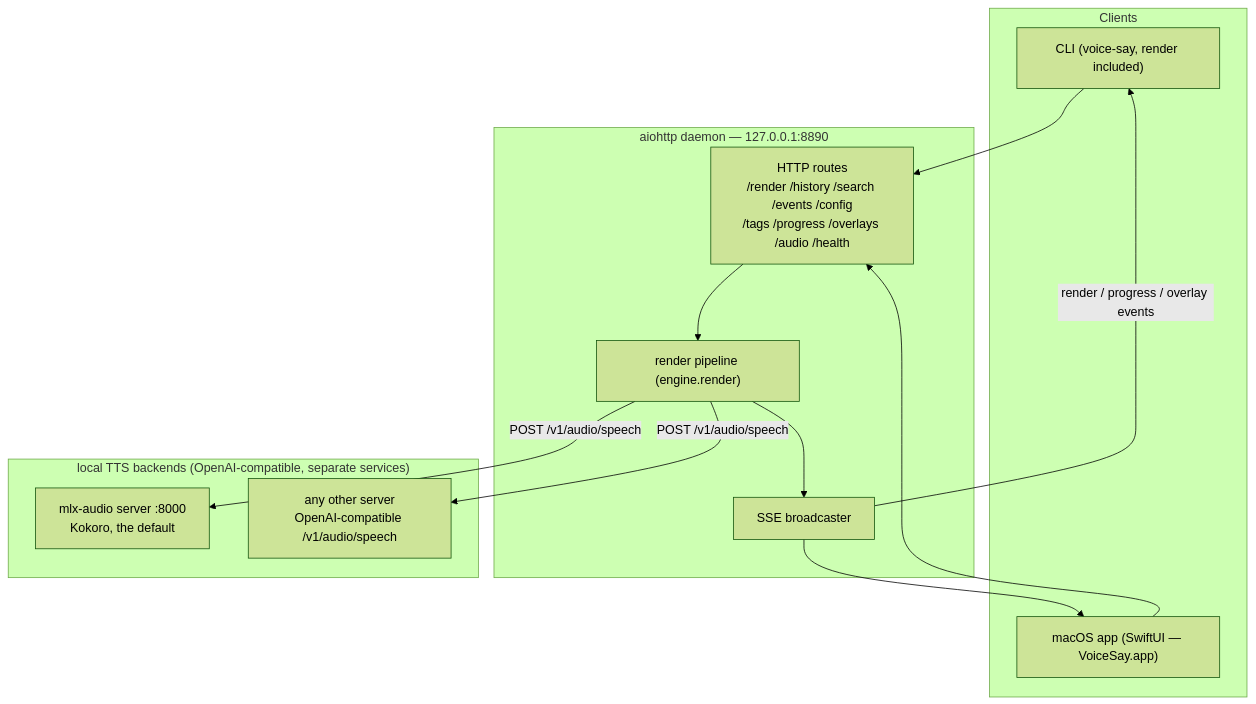
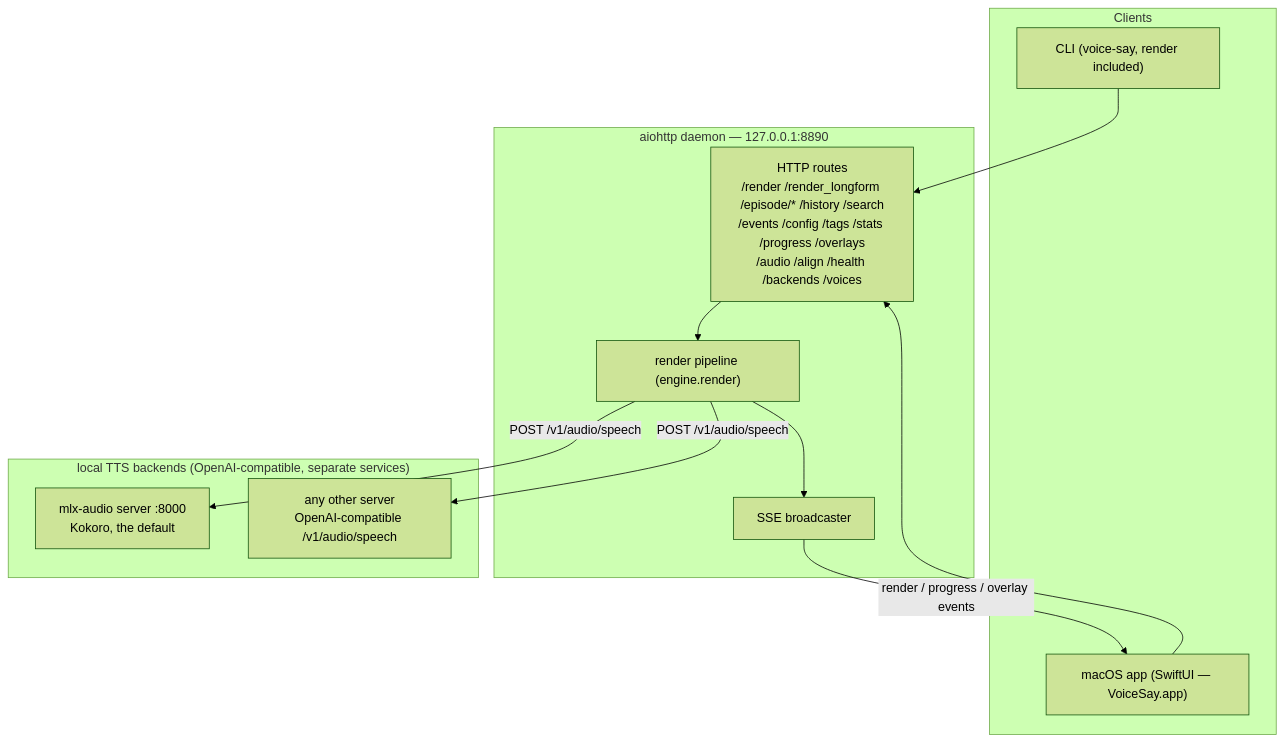
Before and after one commit to quillrun/voice-say: the first of 9 diagrams in docs/diagrams.md, drawn with Mermaid (forest theme). The commit also changed other lines of this file and 107 other files, not shown here.

````diff
--- a/docs/diagrams.md
+++ b/docs/diagrams.md
@@ -23,27 +22,26 @@
 ```mermaid
 flowchart TD
     subgraph Clients
         CLI["CLI (voice-say, render included)"]
         APP["macOS app (SwiftUI — VoiceSay.app)"]
     end
 
     subgraph Daemon["aiohttp daemon — 127.0.0.1:8890"]
-        API["HTTP routes\n/render /history /search /events /config\n/tags /progress /overlays /audio /health"]
+        API["HTTP routes\n/render /render_longform /episode/* /history /search\n/events /config /tags /stats /progress /overlays\n/audio /align /health /backends /voices"]
         PIPE["render pipeline (engine.render)"]
         SSE["SSE broadcaster"]
     end
 
     subgraph Backends["local TTS backends (OpenAI-compatible, separate services)"]
         KOK["mlx-audio server :8000\nKokoro, the default"]
         OTH["any other server\nOpenAI-compatible /v1/audio/speech"]
     end
 
     CLI --> API
     APP --> API
     API --> PIPE
     PIPE -->|POST /v1/audio/speech| KOK
     PIPE -->|POST /v1/audio/speech| OTH
     PIPE --> SSE
-    SSE -->|render / progress / overlay events| CLI
-    SSE --> APP
+    SSE -->|render / progress / overlay events| APP
 ```
````
